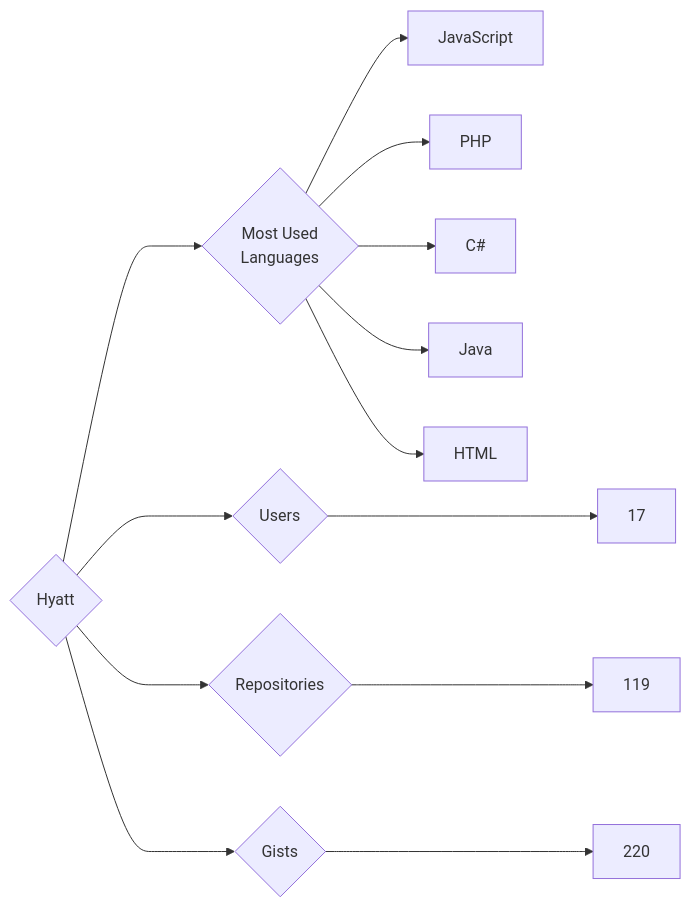
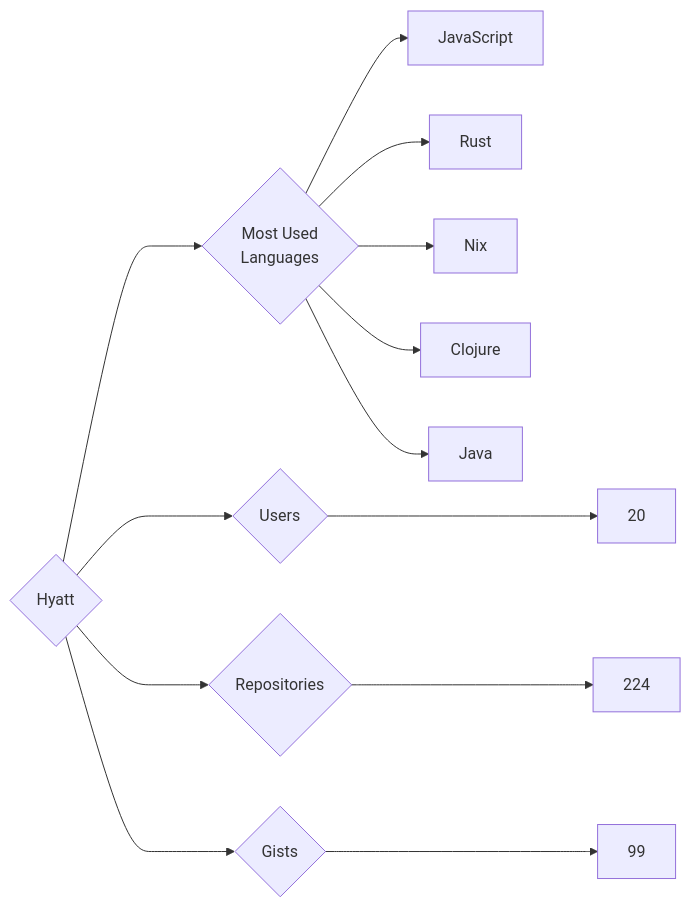
One commit to trickest/insiders changed the diagram in targets/Hyatt/README.md. Above: the diagram before and after it, drawn with Mermaid. The commit also changed 720 other files, not shown here.

````diff
--- a/targets/Hyatt/README.md
+++ b/targets/Hyatt/README.md
@@ -3,13 +3,13 @@
 ```mermaid
 graph LR
 COMPANY_NAME{Hyatt}
-COMPANY_NAME ---> U{Users} ---> UN[17]
-COMPANY_NAME ---> R{Repositories} ---> RN[119]
-COMPANY_NAME ---> G{Gists} ---> GN[220]
+COMPANY_NAME ---> U{Users} ---> UN[20]
+COMPANY_NAME ---> R{Repositories} ---> RN[224]
+COMPANY_NAME ---> G{Gists} ---> GN[99]
 COMPANY_NAME ---> ML{Most Used<br>Languages}
 ML --> JavaScript[JavaScript]
-ML --> PHP[PHP]
-ML --> C#[C#]
+ML --> Rust[Rust]
+ML --> Nix[Nix]
+ML --> Clojure[Clojure]
 ML --> Java[Java]
-ML --> HTML[HTML]
 ```
````
